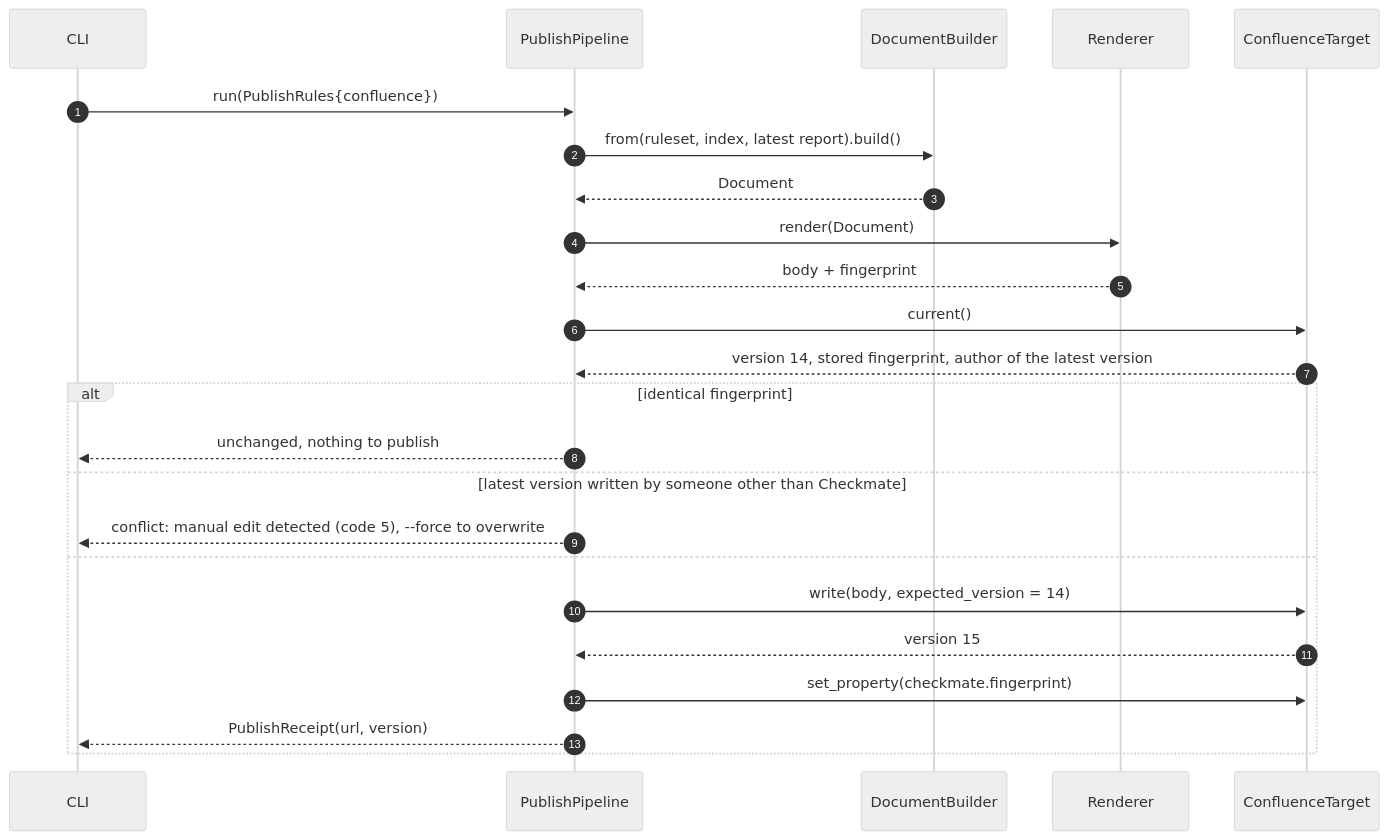
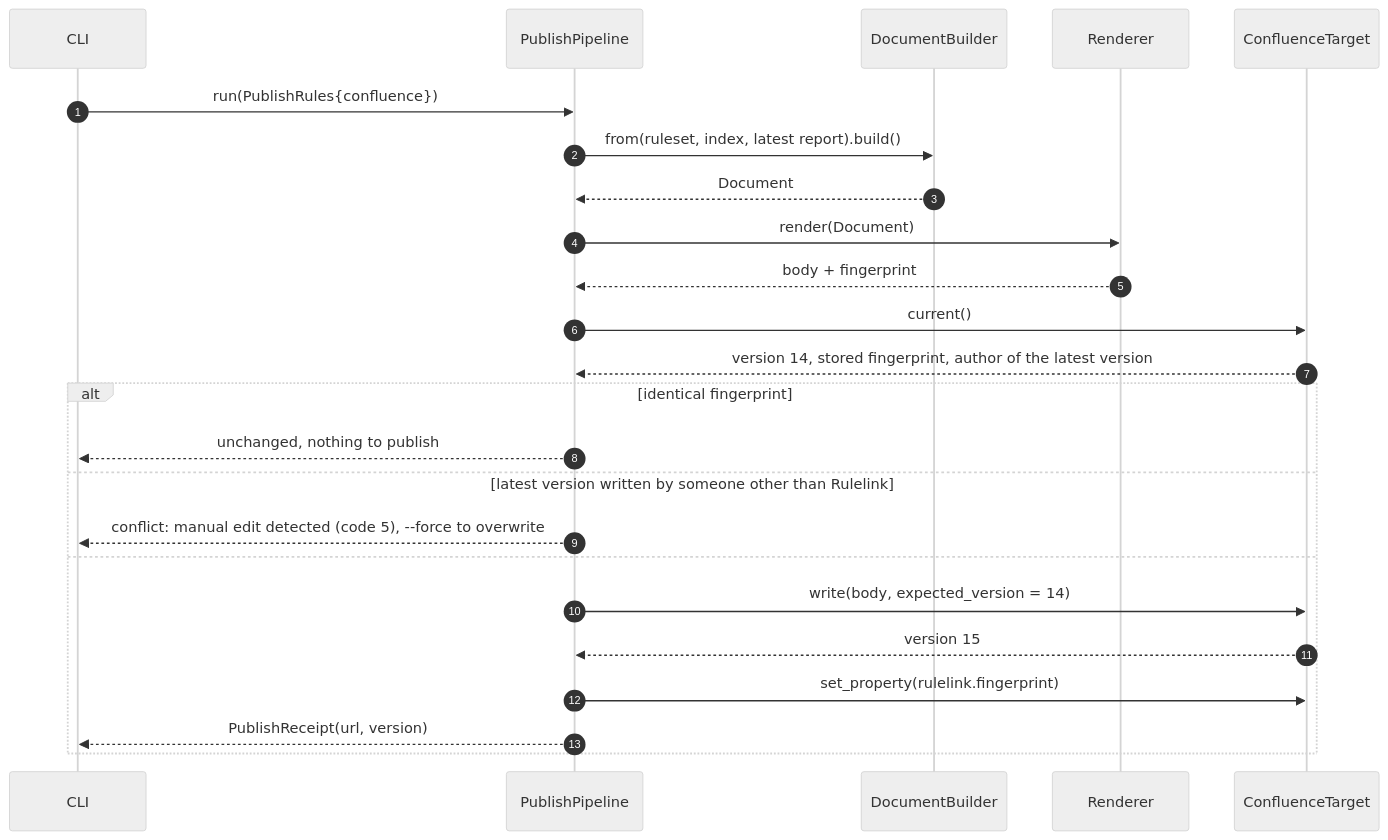
Before and after one commit to E-Jacques/Rulelink: the fourth of 5 diagrams in docs/architecture/06-publishing-export.md, drawn with Mermaid (neutral theme). The commit also changed other lines of this file and 126 other files, not shown here.

First line of the commit message:
chore: rename the project from Checkmate to Rulelink (#6)

````diff
--- a/docs/architecture/06-publishing-export.md
+++ b/docs/architecture/06-publishing-export.md
@@ -191,27 +191,27 @@
 ```mermaid
 sequenceDiagram
     autonumber
     participant CLI
     participant PP as PublishPipeline
     participant B as DocumentBuilder
     participant R as Renderer
     participant T as ConfluenceTarget
 
     CLI->>PP: run(PublishRules{confluence})
     PP->>B: from(ruleset, index, latest report).build()
     B-->>PP: Document
     PP->>R: render(Document)
     R-->>PP: body + fingerprint
     PP->>T: current()
     T-->>PP: version 14, stored fingerprint, author of the latest version
     alt identical fingerprint
         PP-->>CLI: unchanged, nothing to publish
-    else latest version written by someone other than Checkmate
+    else latest version written by someone other than Rulelink
         PP-->>CLI: conflict: manual edit detected (code 5), --force to overwrite
     else
         PP->>T: write(body, expected_version = 14)
         T-->>PP: version 15
-        PP->>T: set_property(checkmate.fingerprint)
+        PP->>T: set_property(rulelink.fingerprint)
         PP-->>CLI: PublishReceipt(url, version)
     end
 ```
````
